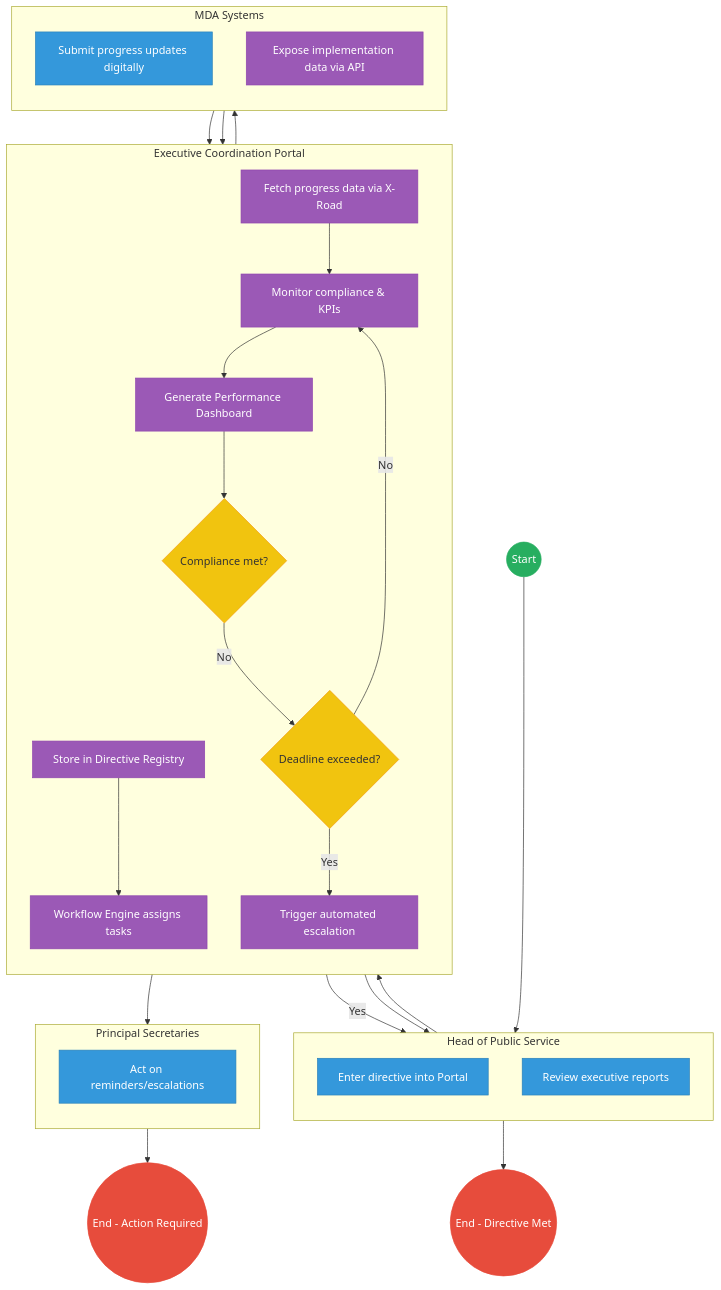
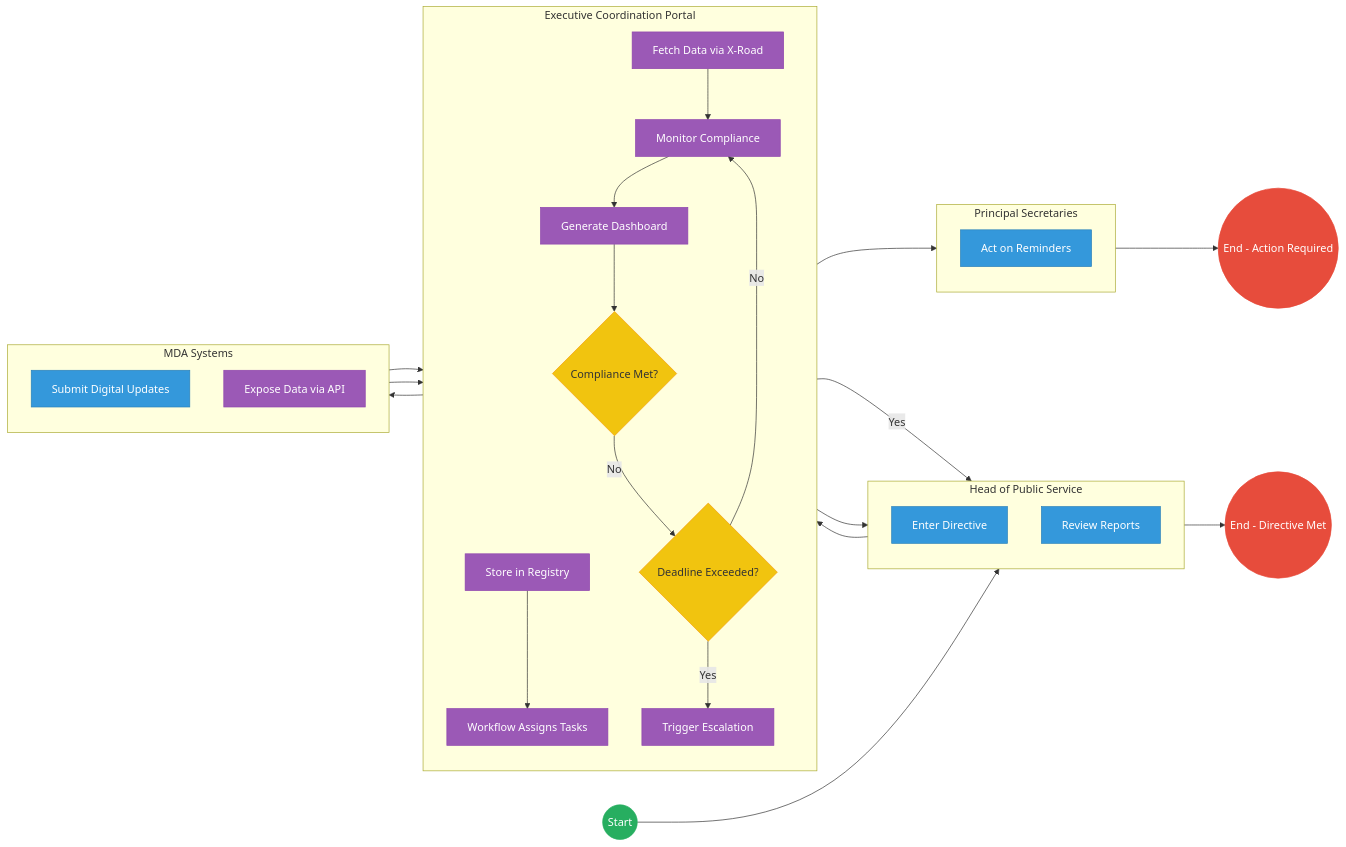
Before and after one commit to BITZ-IT-Consulting-LTD/ictapoc: the second of 2 diagrams in mdas/docs_final/priority_mdas/Office_of_the_Chief_of_Staff___Service_Delivery.md, drawn with Mermaid. The commit also changed other lines of this file and 33 other files, not shown here.

````diff
--- a/mdas/docs_final/priority_mdas/Office_of_the_Chief_of_Staff___Service_Delivery.md
+++ b/mdas/docs_final/priority_mdas/Office_of_the_Chief_of_Staff___Service_Delivery.md
@@ -141,74 +141,74 @@
 ```mermaid
-flowchart TD
+flowchart LR
     %% Events
     Start((Start))
-    EndSuccess((End - Directive Met))
-    EndEscalate((End - Action Required))
+    EndSuccess(("End - Directive Met"))
+    EndEscalate(("End - Action Required"))
 
-    subgraph HoPS [Head of Public Service]
+    subgraph HoPS["Head of Public Service"]
         direction TB
-        EnterDir[Enter directive into Portal]
-        GenRep[Review executive reports]
+        EnterDir["Enter Directive"]
+        GenRep["Review Reports"]
     end
 
-    subgraph OHPSSystem [Executive Coordination Portal]
+    subgraph OHPSSystem["Executive Coordination Portal"]
         direction TB
-        StoreDir[Store in Directive Registry]
-        AssignTasks[Workflow Engine assigns tasks]
-        FetchData[Fetch progress data via X-Road]
-        MonitorComp[Monitor compliance & KPIs]
-        GenDash[Generate Performance Dashboard]
-        DetectGateway{Compliance met?}
-        DeadlineGateway{Deadline exceeded?}
-        TrigEsc[Trigger automated escalation]
+        StoreDir["Store in Registry"]
+        AssignTasks["Workflow Assigns Tasks"]
+        FetchData["Fetch Data via X-Road"]
+        MonitorComp["Monitor Compliance"]
+        GenDash["Generate Dashboard"]
+        DetectGateway{"Compliance Met?"}
+        DeadlineGateway{"Deadline Exceeded?"}
+        TrigEsc["Trigger Escalation"]
     end
 
-    subgraph MDASystems [MDA Systems]
+    subgraph MDASystems["MDA Systems"]
         direction TB
-        SubUpdate[Submit progress updates digitally]
-        ExposeData[Expose implementation data via API]
+        SubUpdate["Submit Digital Updates"]
+        ExposeData["Expose Data via API"]
     end
 
-    subgraph PrinSec [Principal Secretaries]
+    subgraph PrinSec["Principal Secretaries"]
         direction TB
-        ActNudge[Act on reminders/escalations]
+        ActNudge["Act on Reminders"]
     end
 
     %% Flow connections
     Start --> EnterDir
     EnterDir --> StoreDir
     StoreDir --> AssignTasks
     AssignTasks --> SubUpdate
     
     SubUpdate --> FetchData
     ExposeData --> FetchData
     
     FetchData --> MonitorComp
     MonitorComp --> GenDash
     GenDash --> DetectGateway
     
     DetectGateway -- "Yes" --> GenRep
     DetectGateway -- "No" --> DeadlineGateway
     
     DeadlineGateway -- "No" --> MonitorComp
     DeadlineGateway -- "Yes" --> TrigEsc
     
     TrigEsc --> ActNudge
     TrigEsc --> GenRep
     
     GenRep --> EndSuccess
     ActNudge --> EndEscalate
 
     %% Styling
     classDef startEvent fill:#27ae60,stroke:#27ae60,color:#fff;
     classDef endEvent fill:#e74c3c,stroke:#e74c3c,color:#fff;
     classDef userTask fill:#3498db,stroke:#2980b9,color:#fff;
     classDef serviceTask fill:#9b59b6,stroke:#8e44ad,color:#fff;
     classDef gateway fill:#f1c40f,stroke:#f39c12,color:#333;
     
     class Start startEvent;
     class EndSuccess,EndEscalate endEvent;
     class DetectGateway,DeadlineGateway gateway;
     class StoreDir,AssignTasks,FetchData,MonitorComp,GenDash,TrigEsc,ExposeData serviceTask;
     class EnterDir,GenRep,SubUpdate,ActNudge userTask;
 ```
````
